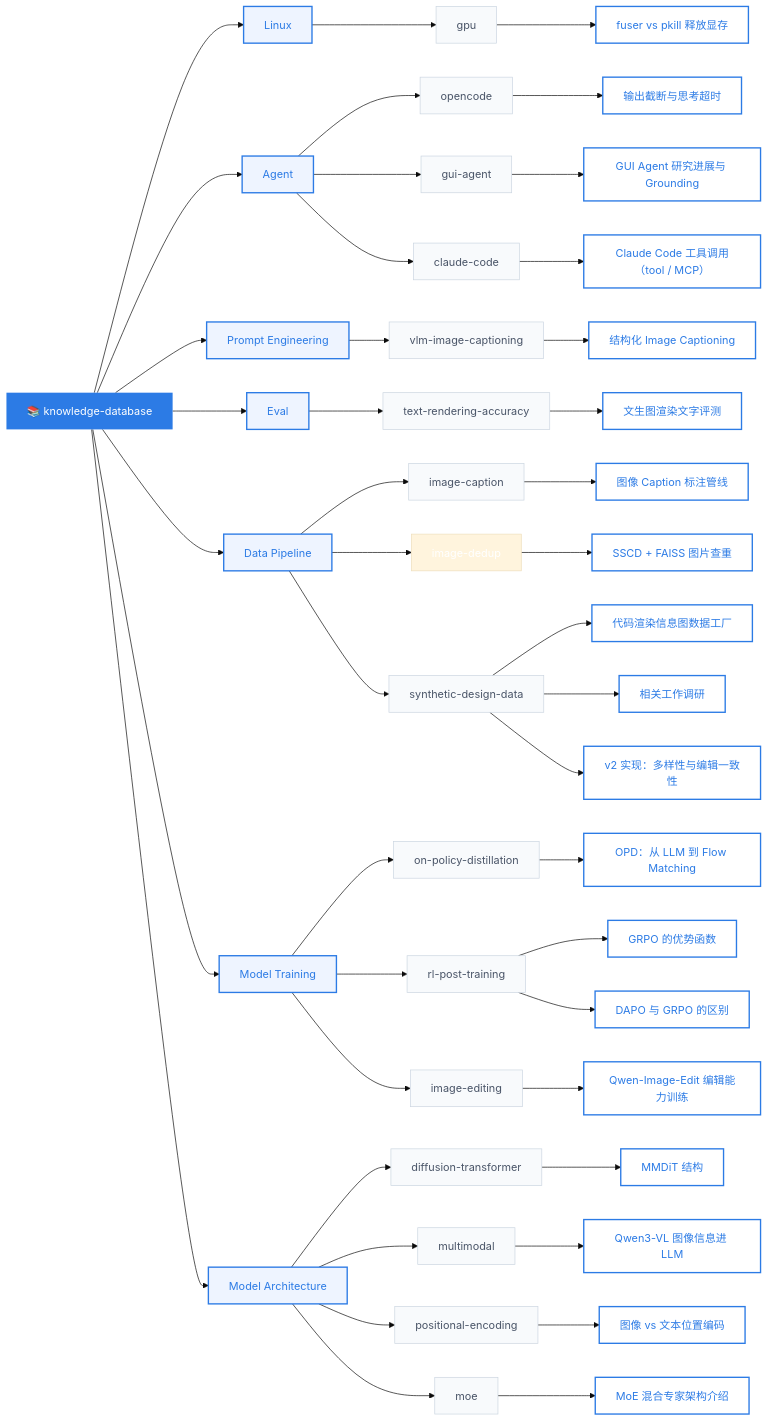
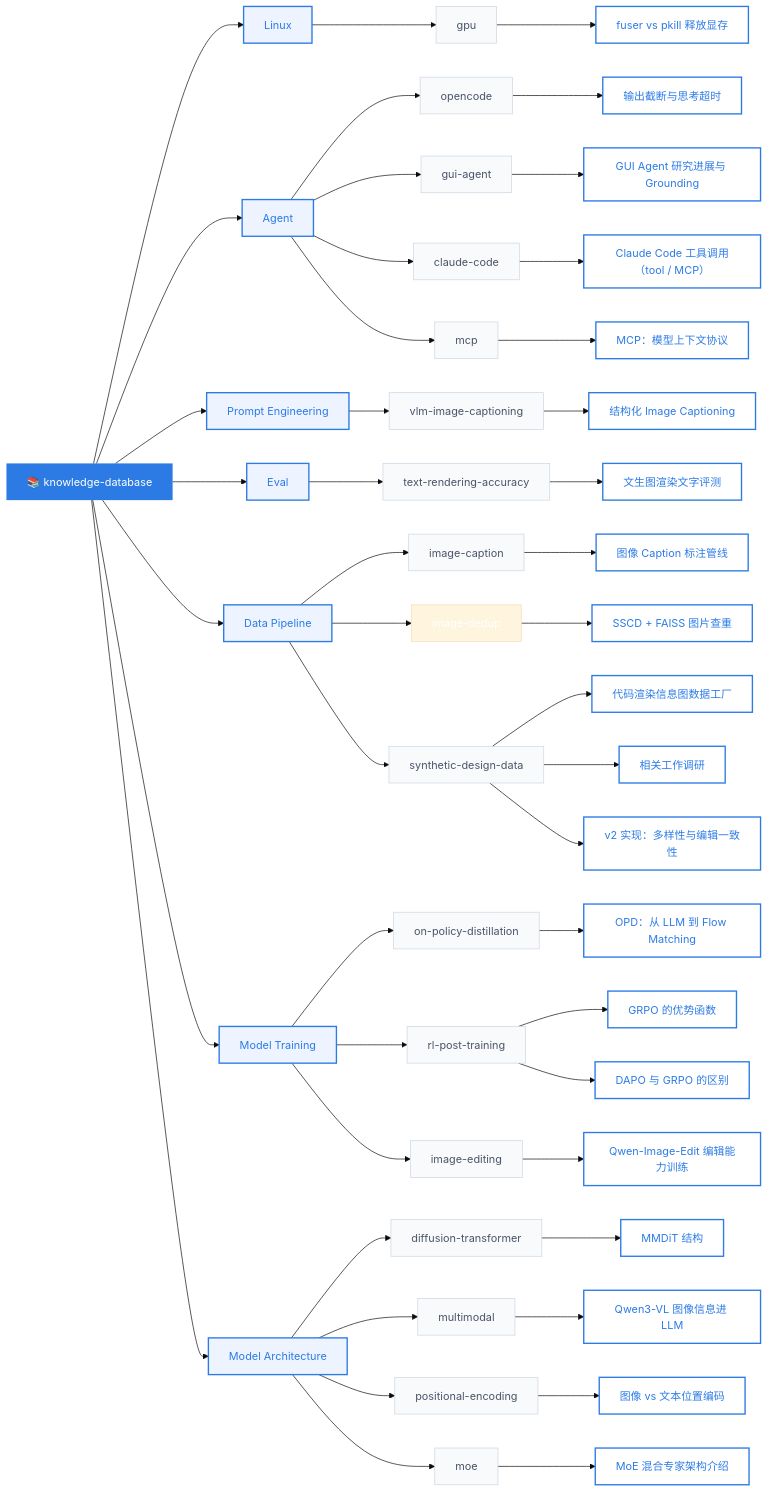
The diagram in README.md (caseclose/knowledge-database), drawn with Mermaid (base theme) before and after one commit. The commit also changed other lines of this file and 3 other files, not shown here.

First line of the commit message:
add: MCP 模型上下文协议

````diff
--- a/README.md
+++ b/README.md
@@ -24,9 +24,11 @@
     Agent --> OC["opencode"]
     Agent --> GUI["gui-agent"]
     Agent --> CC["claude-code"]
+    Agent --> MCP["mcp"]
     OC --> K2["输出截断与思考超时"]
     GUI --> K7["GUI Agent 研究进展与 Grounding"]
     CC --> K12["Claude Code 工具调用（tool / MCP）"]
+    MCP --> K20["MCP：模型上下文协议"]
 
     PE --> PE1["vlm-image-captioning"]
     PE1 --> K3["结构化 Image Captioning"]
@@ -70,8 +72,8 @@
 
     class KB root
     class Linux,Agent,PE,Eval,DP,MT,MA category
-    class GPU,OC,GUI,CC,PE1,EV1,DP1,DP3,OPD,RLPT,IE,DT,MM,PEnc,MoE sub
-    class K1,K2,K3,K4,K5,K6,K7,K8,K9,K10,K11,K12,K13,K14,K15,K16,K17,K18,K19 knowledge
+    class GPU,OC,GUI,CC,MCP,PE1,EV1,DP1,DP3,OPD,RLPT,IE,DT,MM,PEnc,MoE sub
+    class K1,K2,K3,K4,K5,K6,K7,K8,K9,K10,K11,K12,K13,K14,K15,K16,K17,K18,K19,K20 knowledge
 
     click K1 href "#/linux/gpu/fuser-vs-pkill-release-gpu-memory"
     click K2 href "#/agent/opencode/output-truncation-and-thinking-timeout"
@@ -92,4 +94,5 @@
     click K17 href "#/model-architecture/multimodal/qwen3-vl-vision-injection"
     click K18 href "#/model-architecture/positional-encoding/image-vs-text-positional-encoding"
     click K19 href "#/model-architecture/moe/moe-architecture-intro"
+    click K20 href "#/agent/mcp/model-context-protocol-intro"
 ```
````
